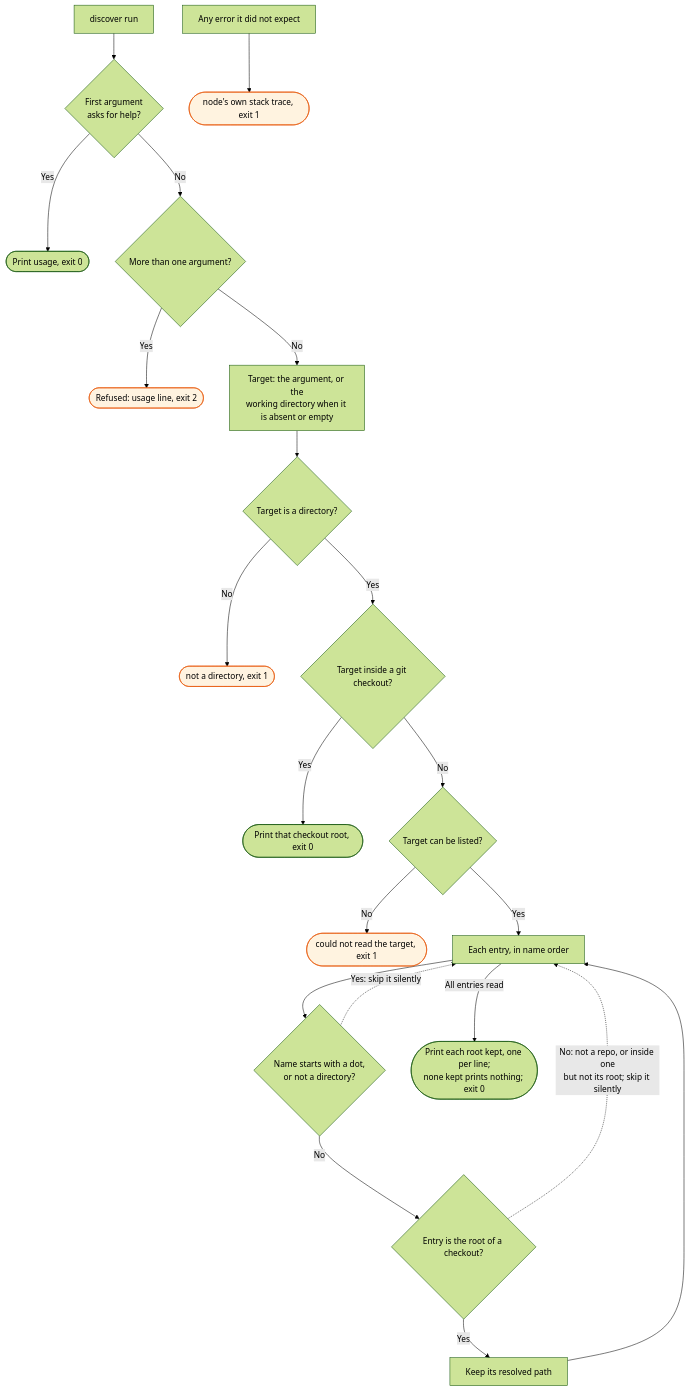
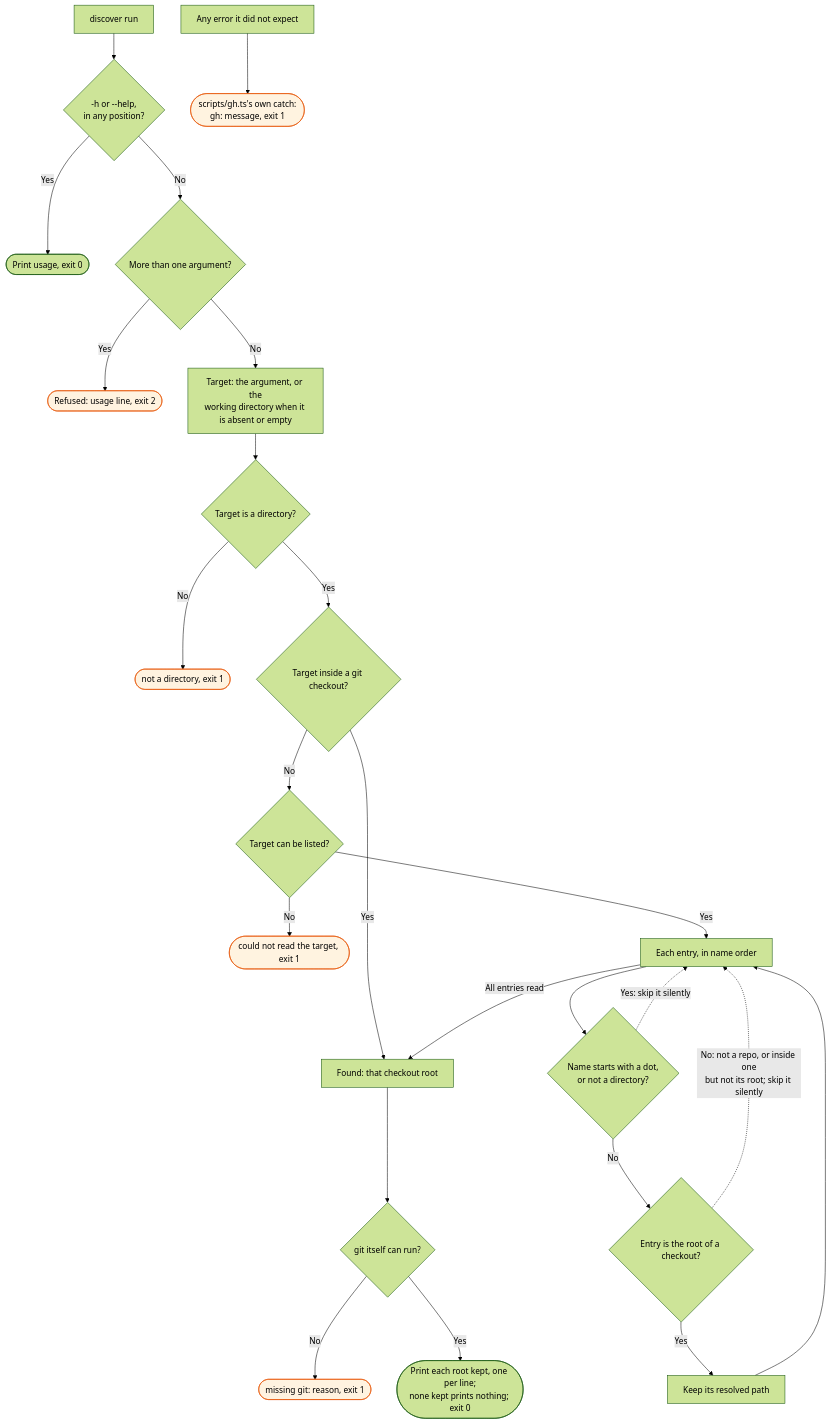
Before and after one commit to bje-settings/claude: the diagram in docs/flows/gh/shepherd/discover-flow.md, drawn with Mermaid (forest theme). The commit also changed other lines of this file and 4 other files, not shown here.

First line of the commit message:
docs(gh): redraw the flows for findings 3, 5, 6, 8, 9, bump to 0.6.1

````diff
--- a/docs/flows/gh/shepherd/discover-flow.md
+++ b/docs/flows/gh/shepherd/discover-flow.md
@@ -15,25 +15,28 @@
 ```mermaid
 flowchart TD
-    A[discover run] --> B{First argument<br/>asks for help?}
+    A[discover run] --> B{-h or --help,<br/>in any position?}
     B -->|Yes| H([Print usage, exit 0])
     B -->|No| C{More than one argument?}
     C -->|Yes| Z1([Refused: usage line, exit 2]):::stop
     C -->|No| D[Target: the argument, or the<br/>working directory when it is absent or empty]
     D --> E{Target is a directory?}
     E -->|No| Z2([not a directory, exit 1]):::stop
     E -->|Yes| F{Target inside a git checkout?}
-    F -->|Yes| G([Print that checkout root, exit 0])
+    F -->|Yes| G[Found: that checkout root]
     F -->|No| I{Target can be listed?}
     I -->|No| Z3([could not read the target, exit 1]):::stop
     I -->|Yes| J[Each entry, in name order]
     J --> K{Name starts with a dot,<br/>or not a directory?}
     K -.->|Yes: skip it silently| J
     K -->|No| L{Entry is the root of a checkout?}
     L -.->|No: not a repo, or inside one<br/>but not its root; skip it silently| J
     L -->|Yes| M[Keep its resolved path]
     M --> J
-    J -->|All entries read| N([Print each root kept, one per line;<br/>none kept prints nothing; exit 0])
-    X[Any error it did not expect] --> Z4([node's own stack trace, exit 1]):::stop
+    J -->|All entries read| G
+    G --> O{git itself can run?}
+    O -->|No| Z5([missing git: reason, exit 1]):::stop
+    O -->|Yes| N([Print each root kept, one per line;<br/>none kept prints nothing; exit 0])
+    X[Any error it did not expect] --> Z4([scripts/gh.ts's own catch:<br/>gh: message, exit 1]):::stop
 
     classDef stop fill:#fff3e0,stroke:#e65100,color:#000
 ```
````
